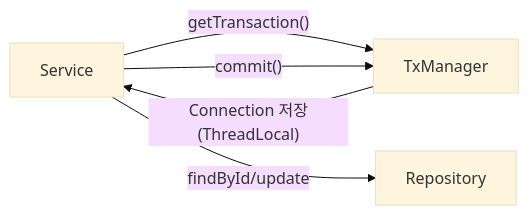
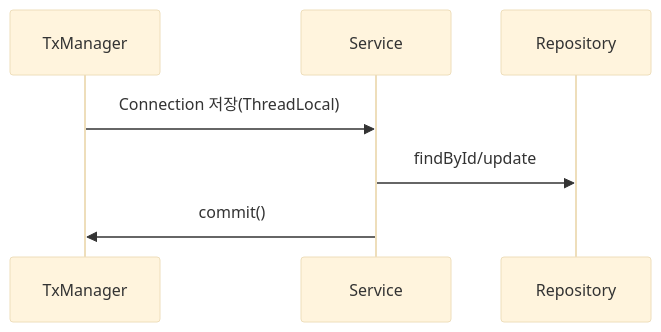
One commit to yjkim2015/yjkim2015.github.io changed the sixth of 11 diagrams in _posts/spring/2026-05-02-spring-db-1.md. Above: the diagram before and after it, drawn with Mermaid (base theme). The commit also changed other lines of this file and 89 other files, not shown here.

First line of the commit message:
복잡한 flowchart 163개 → sequenceDiagram 변환 (90파일)

````diff
--- a/_posts/spring/2026-05-02-spring-db-1.md
+++ b/_posts/spring/2026-05-02-spring-db-1.md
@@ -310,7 +307,6 @@
 ```mermaid
-graph LR
-    S["Service"] -->|"getTransaction()"| TM["TxManager"]
-    TM -->|"Connection 저장(ThreadLocal)"| S
-    S -->|"findById/update"| R["Repository"]
-    S -->|"commit()"| TM
+sequenceDiagram
+    TxManager->>Service: Connection 저장(ThreadLocal)
+    Service->>Repository: findById/update
+    Service->>TxManager: commit()
 ```
````
